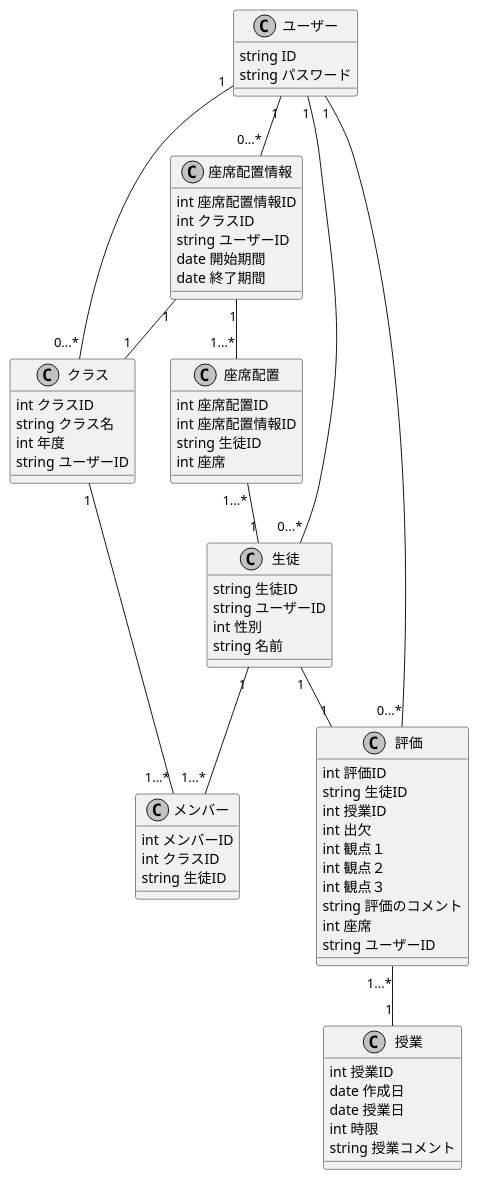
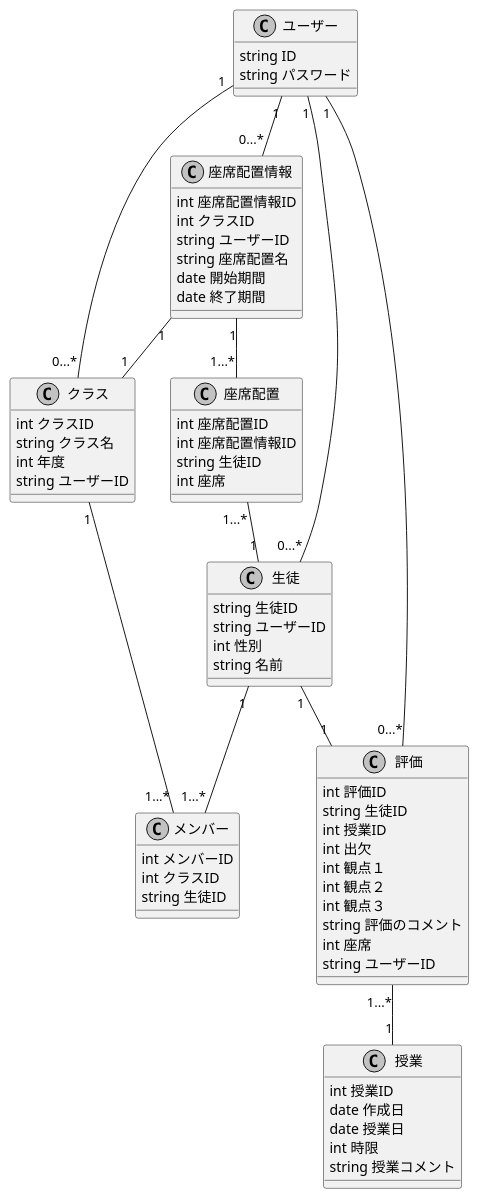
One commit to hatosableSAN/KTaNE-Expertingweb changed the diagram in docs/class.pu. Above: the diagram before and after it, drawn with PlantUML.

Commit message:
update:座席配置名を追加しました

```diff
--- a/docs/class.pu
+++ b/docs/class.pu
@@ -1,78 +1,79 @@
 @startuml class_diagram
 skinparam monochrome true
 skinparam shadowing false
 ' クラスを定義
 
 class ユーザー{
     string ID
     string パスワード
 }
 
 class 生徒{
     string 生徒ID
     string ユーザーID
     int 性別
     string 名前
 }
 class クラス{
     int クラスID
     string クラス名
     int 年度
     string ユーザーID
 }
 class メンバー{
     int メンバーID
     int クラスID
     string 生徒ID
 }
 class 座席配置情報{
     int 座席配置情報ID
     int クラスID
     string ユーザーID
+    string 座席配置名
     date 開始期間
     date 終了期間
 }
 class 座席配置{
     int 座席配置ID
     int 座席配置情報ID
     string 生徒ID
     int 座席
 }
 class 評価{
     int 評価ID
     string 生徒ID
     int 授業ID
     int 出欠
     int 観点１
     int 観点２
     int 観点３
     string 評価のコメント
     int 座席
     string ユーザーID
 }
 
 class 授業{
     int 授業ID
     date 作成日
     date 授業日
     int 時限
     string 授業コメント
 }
 
 
 ' 関係を定義
 'left to right direction
 
 座席配置情報 "1"--"1...*" 座席配置
 評価 "1...*" -- "1"  授業
 クラス "1" -- "1...*" メンバー
 生徒 "1" -- "1...*" メンバー
 生徒"1" -- "1" 評価
 ユーザー"1" -- "0...*" 生徒
 ユーザー"1" -- "0...*" 座席配置情報
 ユーザー"1" -- "0...*" クラス
 座席配置情報 "1" -- "1"クラス
 座席配置 "1...*" -- "1" 生徒
 評価 "0...*" -- "1" ユーザー
 ' umlの終了を宣言
 @enduml
```
